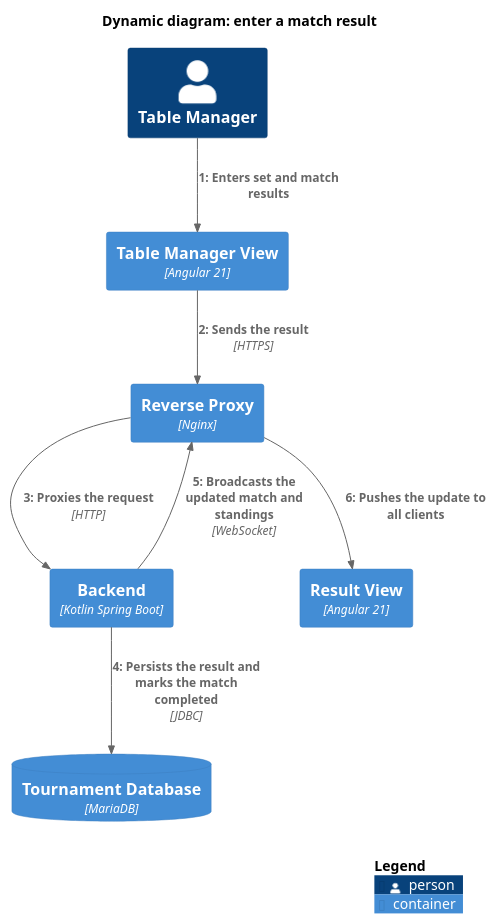
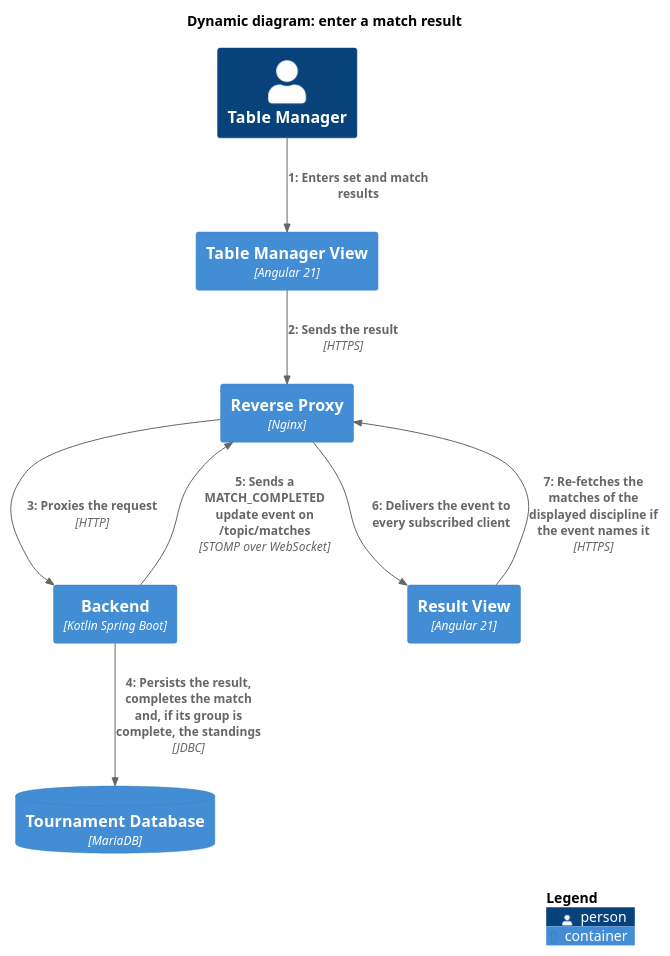
One commit to table-tennis-tournament/management-clients changed the diagram in docs/arc42/diagrams/dynamic-result.puml. Above: the diagram before and after it, drawn with PlantUML. The commit also changed 17 other files, not shown here.

```diff
--- a/docs/arc42/diagrams/dynamic-result.puml
+++ b/docs/arc42/diagrams/dynamic-result.puml
@@ -1,21 +1,22 @@
 @startuml
 !include C4/C4_Dynamic.puml
 
 title Dynamic diagram: enter a match result
 
 Person(tableManager, "Table Manager")
 Container(tableManagerView, "Table Manager View", "Angular 21")
 Container(nginx, "Reverse Proxy", "Nginx")
 Container(backend, "Backend", "Kotlin Spring Boot")
 ContainerDb(mariadb, "Tournament Database", "MariaDB")
 Container(resultView, "Result View", "Angular 21")
 
 RelIndex(1, tableManager, tableManagerView, "Enters set and match results")
 RelIndex(2, tableManagerView, nginx, "Sends the result", "HTTPS")
 RelIndex(3, nginx, backend, "Proxies the request", "HTTP")
-RelIndex(4, backend, mariadb, "Persists the result and marks the match completed", "JDBC")
-RelIndex(5, backend, nginx, "Broadcasts the updated match and standings", "WebSocket")
-RelIndex(6, nginx, resultView, "Pushes the update to all clients")
+RelIndex(4, backend, mariadb, "Persists the result, completes the match and, if its group is complete, the standings", "JDBC")
+RelIndex(5, backend, nginx, "Sends a MATCH_COMPLETED update event on /topic/matches", "STOMP over WebSocket")
+RelIndex(6, nginx, resultView, "Delivers the event to every subscribed client")
+RelIndex(7, resultView, nginx, "Re-fetches the matches of the displayed discipline if the event names it", "HTTPS")
 
 SHOW_LEGEND()
 @enduml
```
